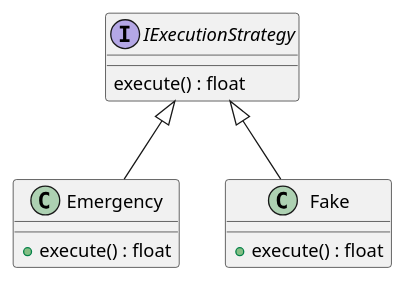
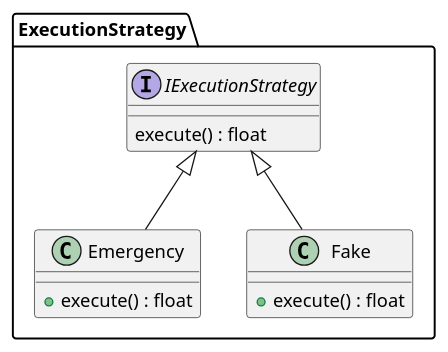
Before and after one commit to john-bartu/cut-oot: the diagram in TO_Lab_5/puml-classes/EmergencyExecutionStrategy.puml, drawn with PlantUML. The commit also changed 10 other files, not shown here.

Commit message:
Another better uml

```diff
--- a/TO_Lab_5/puml-classes/EmergencyExecutionStrategy.puml
+++ b/TO_Lab_5/puml-classes/EmergencyExecutionStrategy.puml
@@ -1,13 +1,17 @@
 @startuml
+package ExecutionStrategy{
+
 interface IExecutionStrategy {
     execute() : float
 }
 class Emergency {
     + execute() : float
 }
 class Fake {
     + execute() : float
 }
 IExecutionStrategy <|-- Emergency
 IExecutionStrategy <|-- Fake
+
+}
 @enduml
```
